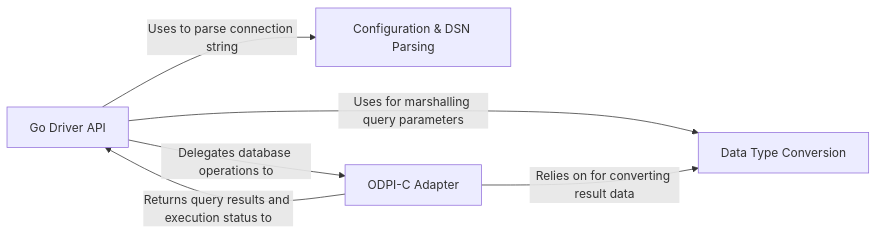
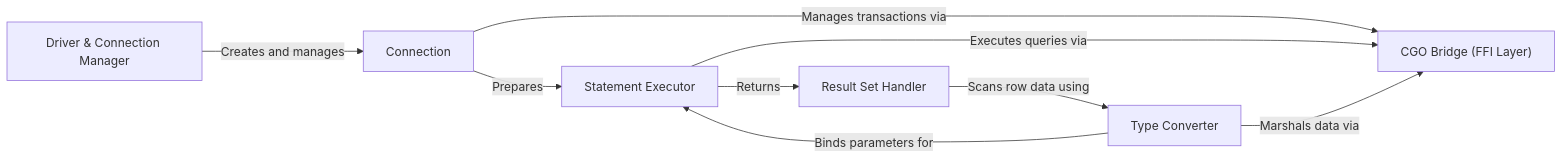
Before and after one commit to CodeBoarding/GeneratedOnBoardings: the diagram in godror/on_boarding.md, drawn with Mermaid. The commit also changed other lines of this file and 3 other files, not shown here.

````diff
--- a/godror/on_boarding.md
+++ b/godror/on_boarding.md
@@ -1,14 +1,18 @@
 ```mermaid
 graph LR
-    Go_Driver_API["Go Driver API"]
-    Configuration_DSN_Parsing["Configuration & DSN Parsing"]
-    ODPI_C_Adapter["ODPI-C Adapter"]
-    Data_Type_Conversion["Data Type Conversion"]
-    Go_Driver_API -- "Uses to parse connection string" --> Configuration_DSN_Parsing
-    Go_Driver_API -- "Delegates database operations to" --> ODPI_C_Adapter
-    ODPI_C_Adapter -- "Returns query results and execution status to" --> Go_Driver_API
-    Go_Driver_API -- "Uses for marshalling query parameters" --> Data_Type_Conversion
-    ODPI_C_Adapter -- "Relies on for converting result data" --> Data_Type_Conversion
-    click Go_Driver_API href "https://github.com/CodeBoarding/GeneratedOnBoardings/blob/main/godror/Go_Driver_API.md" "Details"
-    click Data_Type_Conversion href "https://github.com/CodeBoarding/GeneratedOnBoardings/blob/main/godror/Data_Type_Conversion.md" "Details"
+    Driver_Connection_Manager["Driver & Connection Manager"]
+    Connection["Connection"]
+    Statement_Executor["Statement Executor"]
+    Result_Set_Handler["Result Set Handler"]
+    Type_Converter["Type Converter"]
+    CGO_Bridge_FFI_Layer_["CGO Bridge (FFI Layer)"]
+    Driver_Connection_Manager -- "Creates and manages" --> Connection
+    Connection -- "Prepares" --> Statement_Executor
+    Connection -- "Manages transactions via" --> CGO_Bridge_FFI_Layer_
+    Statement_Executor -- "Returns" --> Result_Set_Handler
+    Statement_Executor -- "Executes queries via" --> CGO_Bridge_FFI_Layer_
+    Result_Set_Handler -- "Scans row data using" --> Type_Converter
+    Type_Converter -- "Binds parameters for" --> Statement_Executor
+    Type_Converter -- "Marshals data via" --> CGO_Bridge_FFI_Layer_
+    click CGO_Bridge_FFI_Layer_ href "https://github.com/CodeBoarding/GeneratedOnBoardings/blob/main/godror/CGO_Bridge_FFI_Layer_.md" "Details"
 ```
````
